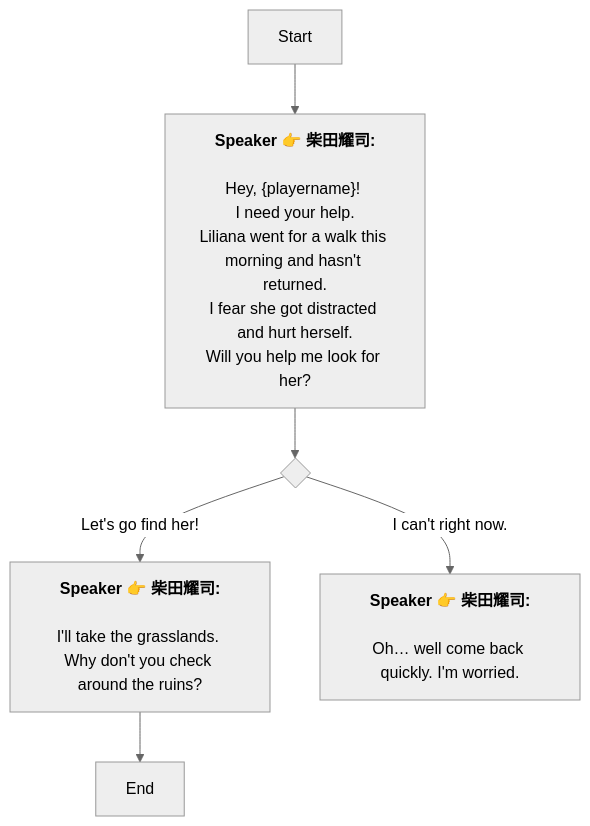
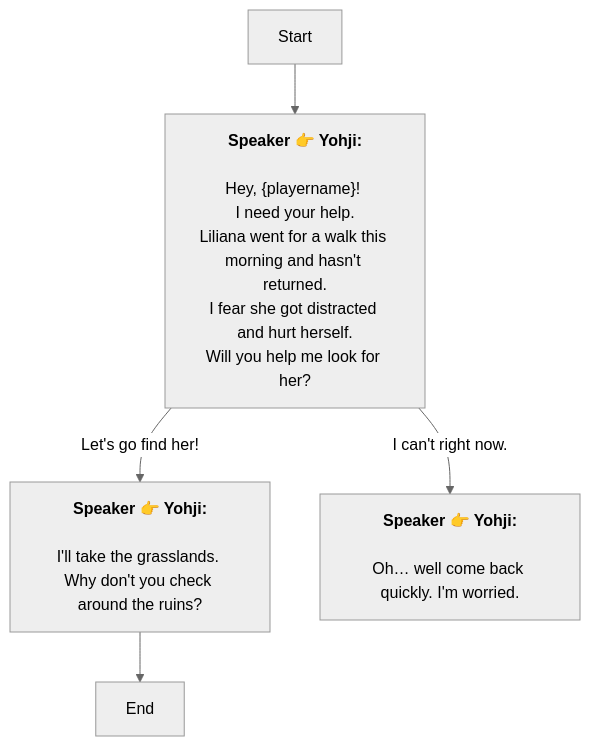
The diagram in Zh/Dialog_55285791394149.md (SoftHu/tos_avg), drawn with Mermaid (neutral theme) before and after one commit. The commit also changed 737 other files, not shown here.

````diff
--- a/Zh/Dialog_55285791394149.md
+++ b/Zh/Dialog_55285791394149.md
@@ -1,20 +1,14 @@
 ```mermaid
 graph
-Start -->1769145372601380[<b>Speaker 👉 柴田耀司:</b>
-
-Hey, &lbrace;playername&rbrace;! 
-I need your help.
-Liliana went for a walk this morning and hasn't returned.
-I fear she got distracted and hurt herself.
-Will you help me look for her?]
-1769145372601380 -->1769145408236581{ }
-1769145408236581 -->|Let's go find her!|1769145434147883[<b>Speaker 👉 柴田耀司:</b>
-
-I'll take the grasslands. 
+Start -->1769145372601380[<b>Speaker 👉 Yohji:</b>
+\nHey, &lbrace;playername&rbrace;! 
+I need your help.\nLiliana went for a walk this morning and hasn't returned.
+I fear she got distracted and hurt herself.\nWill you help me look for her?]
+1769145372601380 -->|Let's go find her!|1769145434147883[<b>Speaker 👉 Yohji:</b>
+\nI'll take the grasslands. 
 Why don't you check around the ruins?]
-1769145408236581 -->|I can't right now.|1769145495192623[<b>Speaker 👉 柴田耀司:</b>
-
-Oh… well come back quickly. I'm worried.]
+1769145372601380 -->|I can't right now.|1769145495192623[<b>Speaker 👉 Yohji:</b>
+\nOh… well come back quickly. I'm worried.]
 1769145434147883 -->1769145370201123[End]
 
- ```
+```
````
